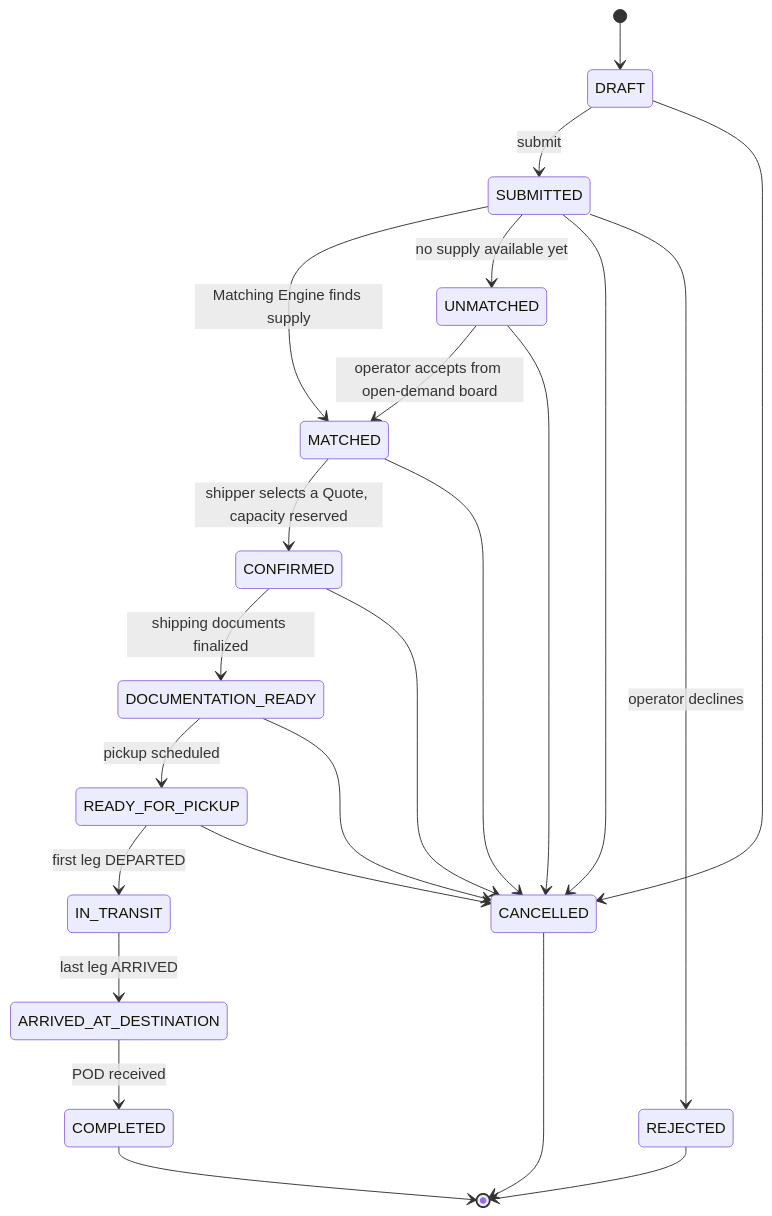
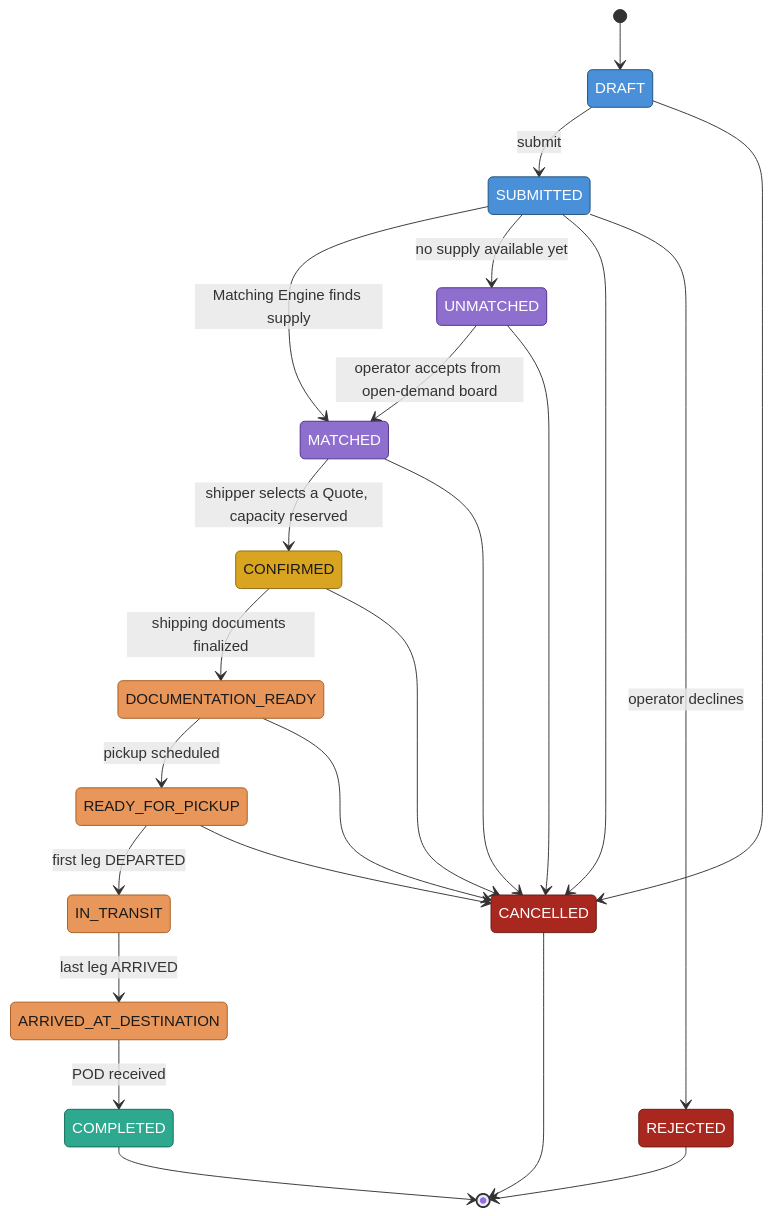
The third of 36 diagrams in lib/src/main/java/org/pk/practices/design/supplychain/DESIGN.md (Pratyush576/CodingPractice), drawn with Mermaid before and after one commit. The commit also changed other lines of this file and 5 other files, not shown here.

Commit message:
Enhanced the diagrams

````diff
--- a/lib/src/main/java/org/pk/practices/design/supplychain/DESIGN.md
+++ b/lib/src/main/java/org/pk/practices/design/supplychain/DESIGN.md
@@ -666,25 +679,38 @@
 ```mermaid
 stateDiagram-v2
     [*] --> DRAFT
     DRAFT --> SUBMITTED : submit
     SUBMITTED --> MATCHED : Matching Engine finds supply
     SUBMITTED --> UNMATCHED : no supply available yet
     UNMATCHED --> MATCHED : operator accepts from open-demand board
     MATCHED --> CONFIRMED : shipper selects a Quote, capacity reserved
     CONFIRMED --> DOCUMENTATION_READY : shipping documents finalized
     DOCUMENTATION_READY --> READY_FOR_PICKUP : pickup scheduled
     READY_FOR_PICKUP --> IN_TRANSIT : first leg DEPARTED
     IN_TRANSIT --> ARRIVED_AT_DESTINATION : last leg ARRIVED
     ARRIVED_AT_DESTINATION --> COMPLETED : POD received
     DRAFT --> CANCELLED
     SUBMITTED --> CANCELLED
     UNMATCHED --> CANCELLED
     MATCHED --> CANCELLED
     CONFIRMED --> CANCELLED
     DOCUMENTATION_READY --> CANCELLED
     READY_FOR_PICKUP --> CANCELLED
     SUBMITTED --> REJECTED : operator declines
     COMPLETED --> [*]
     CANCELLED --> [*]
     REJECTED --> [*]
+
+    classDef early fill:#4a90d9,stroke:#1c4e78,color:#ffffff
+    classDef gating fill:#8e6fce,stroke:#4d2e8a,color:#ffffff
+    classDef milestone fill:#d9a521,stroke:#8a6a0f,color:#1a1a1a
+    classDef executing fill:#e8965a,stroke:#a85c1f,color:#1a1a1a
+    classDef success fill:#2ea88f,stroke:#146b58,color:#ffffff
+    classDef terminalFail fill:#a8271f,stroke:#6b1a14,color:#ffffff
+    class DRAFT,SUBMITTED early
+    class MATCHED,UNMATCHED gating
+    class CONFIRMED milestone
+    class DOCUMENTATION_READY,READY_FOR_PICKUP,IN_TRANSIT,ARRIVED_AT_DESTINATION executing
+    class COMPLETED success
+    class CANCELLED,REJECTED terminalFail
 ```
````
